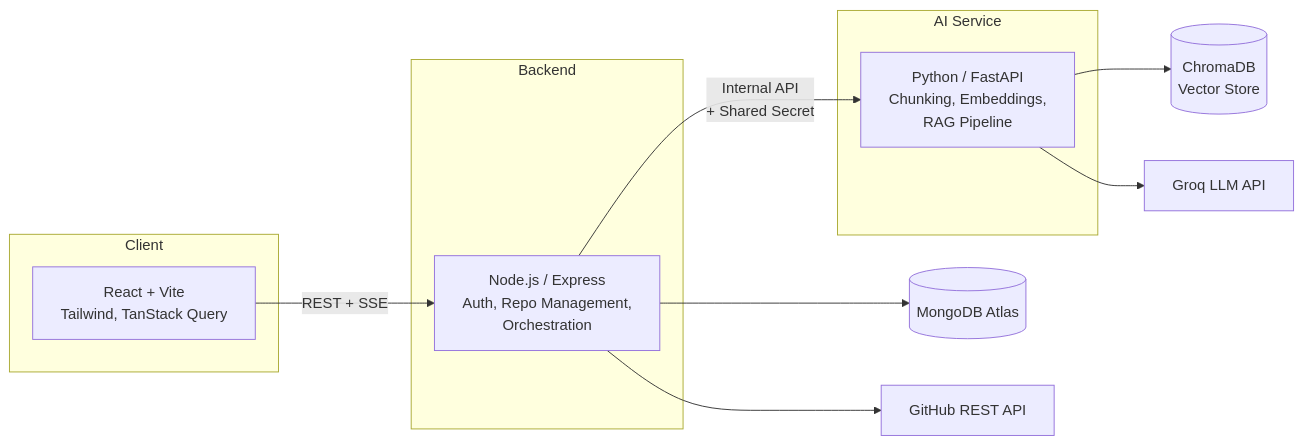
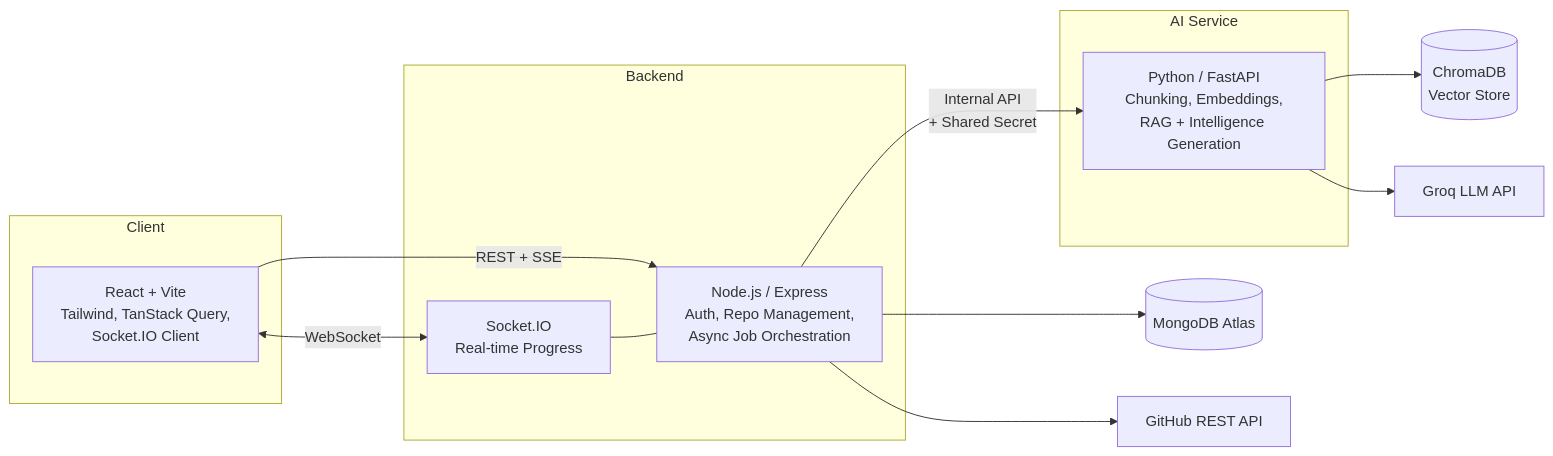
One commit to Omkasar27/CodeBase-Assistance changed the diagram in README.md. Above: the diagram before and after it, drawn with Mermaid. The commit also changed other lines of this file, not shown here.

First line of the commit message:
Revise README for improved feature and architecture details

````diff
--- a/README.md
+++ b/README.md
@@ -21,26 +29,29 @@
 ```mermaid
 graph LR
     subgraph Client
-        A[React + Vite<br/>Tailwind, TanStack Query]
+        A[React + Vite<br/>Tailwind, TanStack Query,<br/>Socket.IO Client]
     end
 
     subgraph Backend
-        B[Node.js / Express<br/>Auth, Repo Management,<br/>Orchestration]
+        B[Node.js / Express<br/>Auth, Repo Management,<br/>Async Job Orchestration]
+        S[Socket.IO<br/>Real-time Progress]
     end
 
     subgraph AI Service
-        C[Python / FastAPI<br/>Chunking, Embeddings,<br/>RAG Pipeline]
+        C[Python / FastAPI<br/>Chunking, Embeddings,<br/>RAG + Intelligence Generation]
     end
 
     D[(MongoDB Atlas)]
     E[(ChromaDB<br/>Vector Store)]
     F[GitHub REST API]
     G[Groq LLM API]
 
     A -- REST + SSE --> B
+    A <-- WebSocket --> S
+    S --- B
     B -- Internal API<br/>+ Shared Secret --> C
     B --> D
     B --> F
     C --> E
     C --> G
 ```
````
